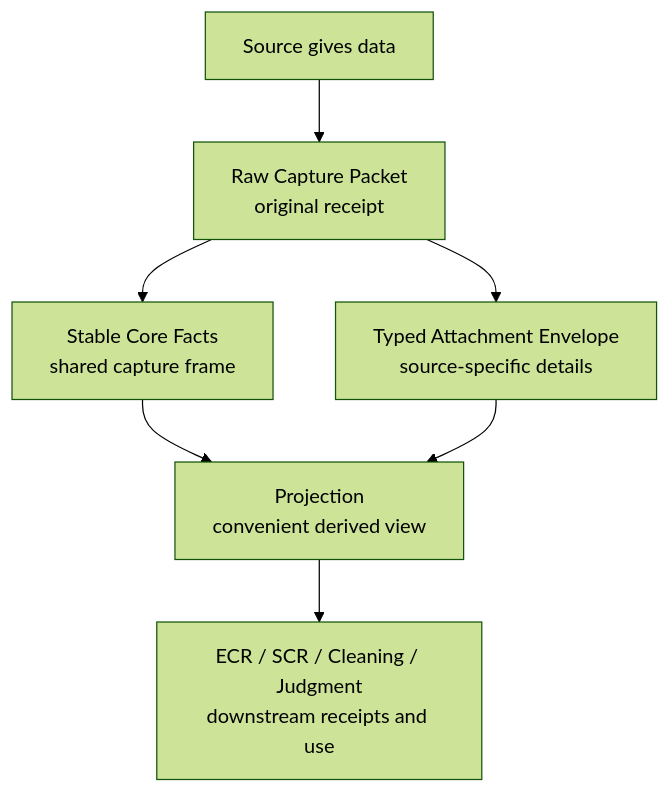
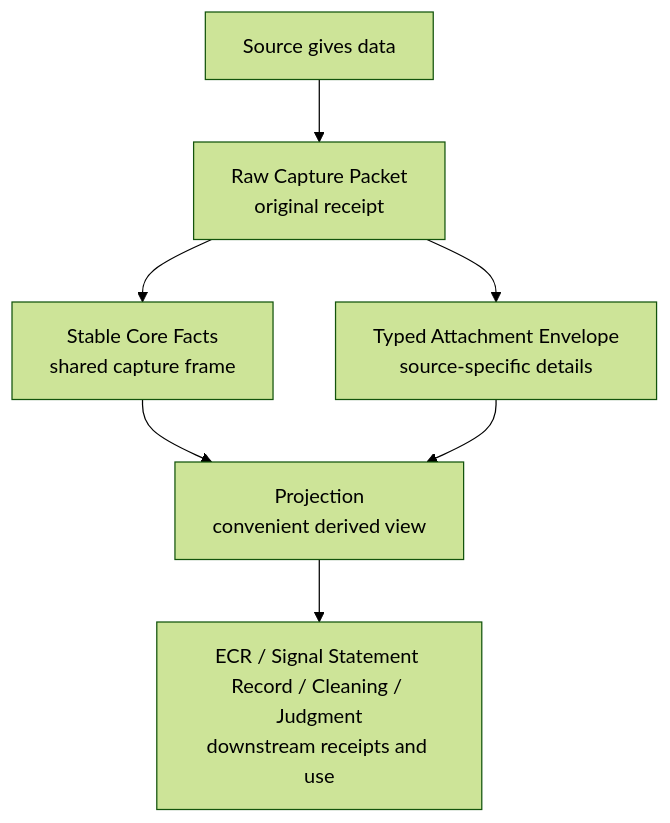
Before and after one commit to eric-foo/orca: the diagram in docs/product/data_capture_spine/source_capture_core_payload_split_explainer_v0.md, drawn with Mermaid (forest theme). The commit also changed other lines of this file and 24 other files, not shown here.

Commit message:
docs: rename signal statement record

````diff
--- a/docs/product/data_capture_spine/source_capture_core_payload_split_explainer_v0.md
+++ b/docs/product/data_capture_spine/source_capture_core_payload_split_explainer_v0.md
@@ -144,9 +144,9 @@
 ```mermaid
 flowchart TD
   A["Source gives data"] --> B["Raw Capture Packet<br/>original receipt"]
   B --> C["Stable Core Facts<br/>shared capture frame"]
   B --> D["Typed Attachment Envelope<br/>source-specific details"]
   C --> E["Projection<br/>convenient derived view"]
   D --> E
-  E --> F["ECR / SCR / Cleaning / Judgment<br/>downstream receipts and use"]
+  E --> F["ECR / Signal Statement Record / Cleaning / Judgment<br/>downstream receipts and use"]
 ```
````
